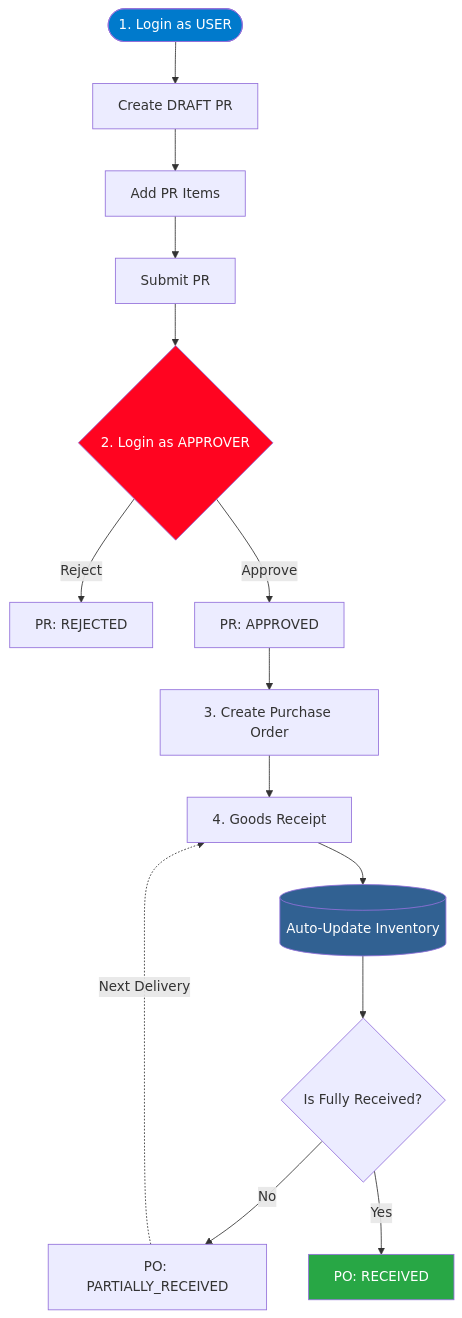
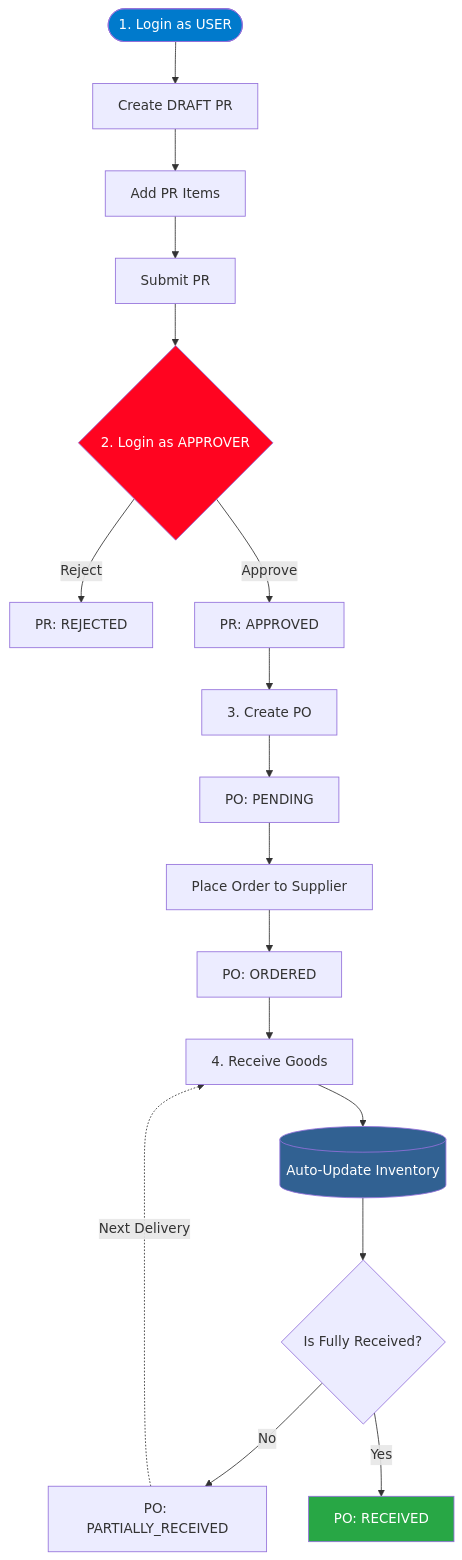
The first of 2 diagrams in README.md (rynsh1506/backend-technical-test-muhammad-riyansyah), drawn with Mermaid before and after one commit.

Commit message:
docs: update flowchart to accurately reflect PO states

````diff
--- a/README.md
+++ b/README.md
@@ -54,21 +54,24 @@
 ```mermaid
 flowchart TD
     A([1. Login as USER]) --> B[Create DRAFT PR]
     B --> B1[Add PR Items]
     B1 --> B2[Submit PR]
     B2 --> C{2. Login as APPROVER}
     C -->|Reject| D[PR: REJECTED]
     C -->|Approve| E[PR: APPROVED]
-    E --> F[3. Create Purchase Order]
-    F --> G[4. Goods Receipt]
+    E --> F1[3. Create PO]
+    F1 --> F2[PO: PENDING]
+    F2 --> F3[Place Order to Supplier]
+    F3 --> F4[PO: ORDERED]
+    F4 --> G[4. Receive Goods]
     G --> H[(Auto-Update Inventory)]
     H --> I{Is Fully Received?}
     I -->|No| J[PO: PARTIALLY_RECEIVED]
     J -.->|Next Delivery| G
     I -->|Yes| K[PO: RECEIVED]
 
     style A fill:#007ACC,color:#fff
     style C fill:#FF0420,color:#fff
     style H fill:#316192,color:#fff
     style K fill:#28a745,color:#fff
 ```
````
